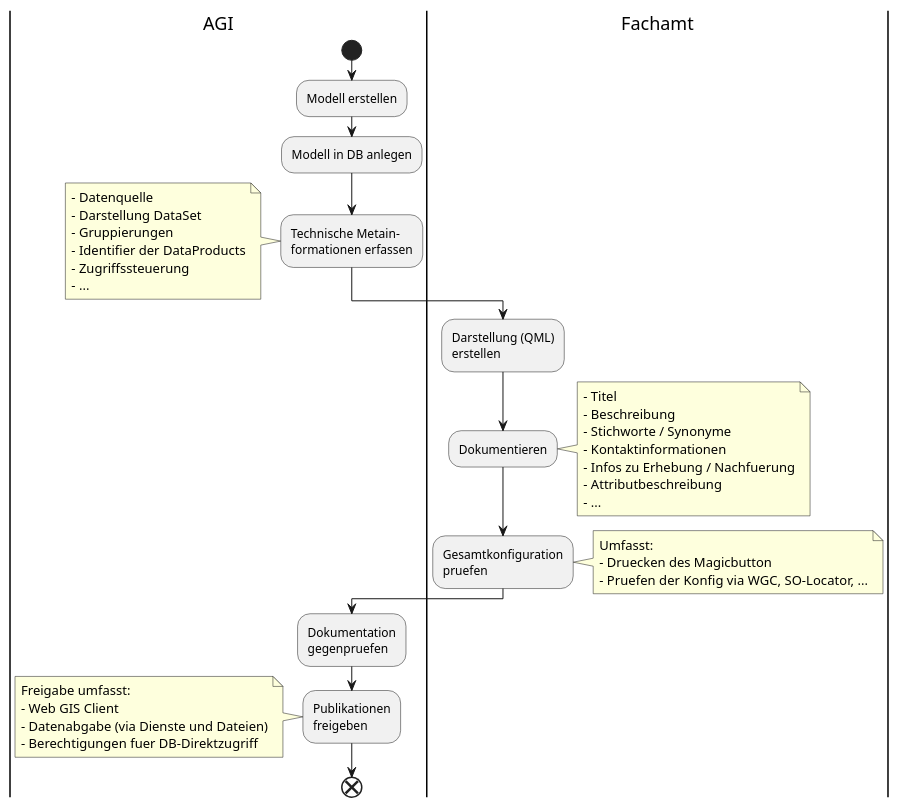
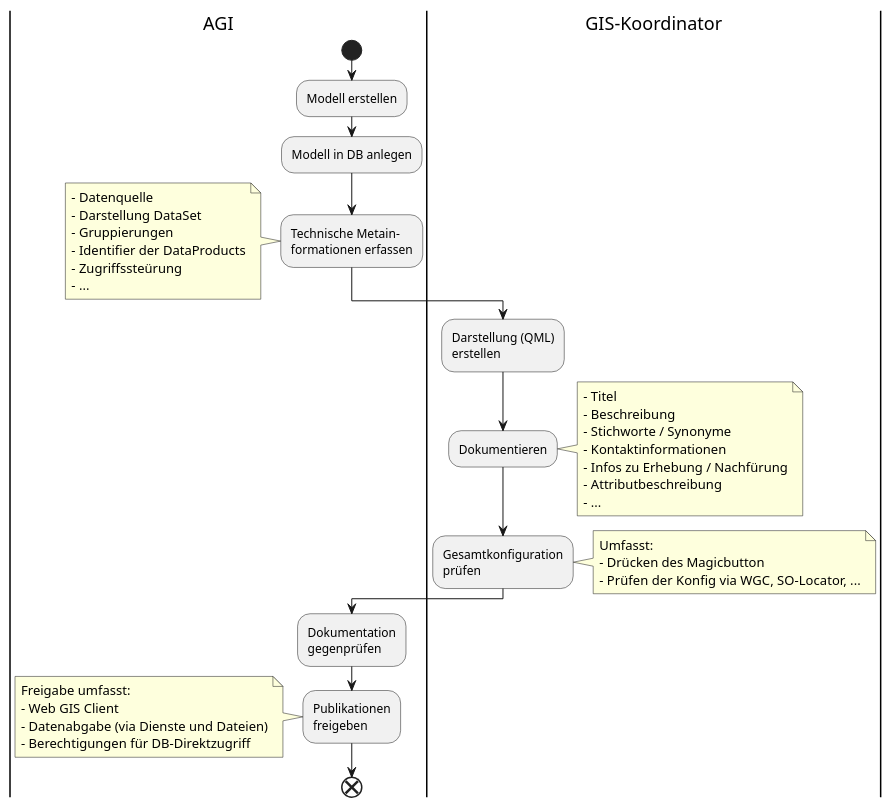
The diagram in puml/src/ablauf_neu.puml (simi-so/mm), drawn with PlantUML before and after one commit. The commit also changed 6 other files, not shown here.

```diff
--- a/puml/src/ablauf_neu.puml
+++ b/puml/src/ablauf_neu.puml
@@ -1,61 +1,61 @@
 @startuml
 |AGI|
 start
 
 :Modell erstellen;
 
 :Modell in DB anlegen;
 
 :Technische Metain-
 formationen erfassen;
 
 note left
 - Datenquelle
 - Darstellung DataSet
 - Gruppierungen
 - Identifier der DataProducts
-- Zugriffssteuerung
+- Zugriffssteürung
 - ...
 end note
 
-|Fachamt|
+|GIS-Koordinator|
 :Darstellung (QML)
 erstellen;
 
 :Dokumentieren;
 
 note right
 - Titel
 - Beschreibung
 - Stichworte / Synonyme
 - Kontaktinformationen
-- Infos zu Erhebung / Nachfuerung
+- Infos zu Erhebung / Nachfürung
 - Attributbeschreibung
 - ...
 end note
 
 :Gesamtkonfiguration
-pruefen;
+prüfen;
 
 note right
 Umfasst:
-- Druecken des Magicbutton
-- Pruefen der Konfig via WGC, SO-Locator, ...
+- Drücken des Magicbutton
+- Prüfen der Konfig via WGC, SO-Locator, ...
 end note
 
 |AGI|
 :Dokumentation
-gegenpruefen;
+gegenprüfen;
 
 :Publikationen
 freigeben;
 
 note left
 Freigabe umfasst:
 - Web GIS Client
 - Datenabgabe (via Dienste und Dateien)
-- Berechtigungen fuer DB-Direktzugriff
+- Berechtigungen für DB-Direktzugriff
 end note
 
 end
 @enduml
```
